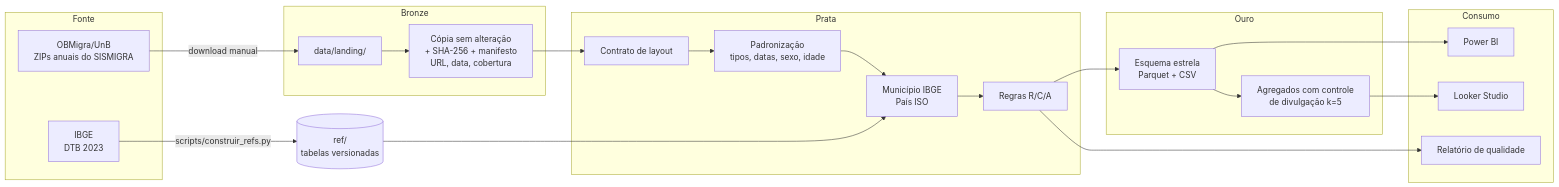
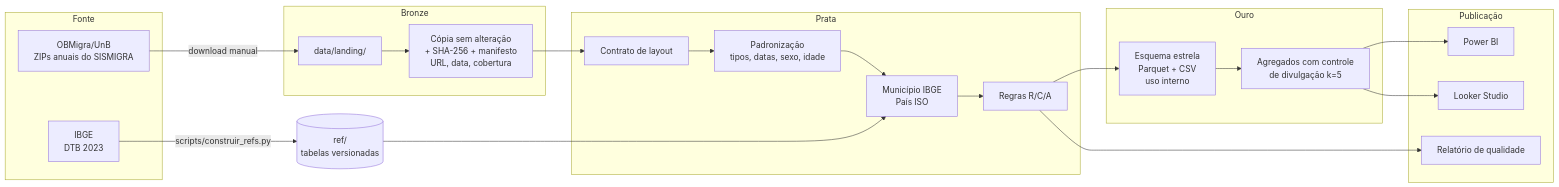
One commit to agdala/sismigra-analytics changed the first of 2 diagrams in README.md. Above: the diagram before and after it, drawn with Mermaid. The commit also changed other lines of this file and 1 other file, not shown here.

First line of the commit message:
Documenta controle de divulgação e regra de publicação

````diff
--- a/README.md
+++ b/README.md
@@ -58,31 +64,32 @@
 ```mermaid
 flowchart LR
     subgraph Fonte
         A[OBMigra/UnB<br/>ZIPs anuais do SISMIGRA]
         B[IBGE<br/>DTB 2023]
     end
     subgraph Bronze
         C[data/landing/] --> D[Cópia sem alteração<br/>+ SHA-256 + manifesto<br/>URL, data, cobertura]
     end
     subgraph Prata
         E[Contrato de layout] --> F[Padronização<br/>tipos, datas, sexo, idade]
         F --> G[Município IBGE<br/>País ISO]
         G --> H[Regras R/C/A]
     end
     subgraph Ouro
-        I[Esquema estrela<br/>Parquet + CSV]
+        I[Esquema estrela<br/>Parquet + CSV<br/>uso interno]
         J[Agregados com controle<br/>de divulgação k=5]
     end
-    subgraph Consumo
+    subgraph Publicação
         K[Power BI]
         L[Looker Studio]
         M[Relatório de qualidade]
     end
     A -->|download manual| C
     B -->|scripts/construir_refs.py| R[(ref/<br/>tabelas versionadas)]
     D --> E
     R --> G
-    H --> I --> K
-    I --> J --> L
+    H --> I --> J
+    J --> K
+    J --> L
     H --> M
 ```
````
